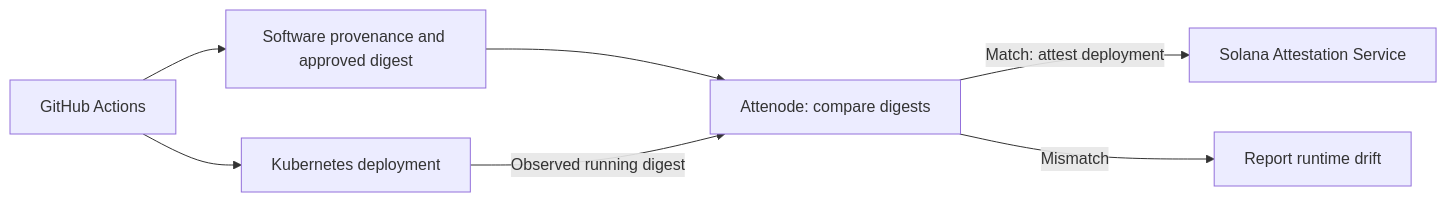
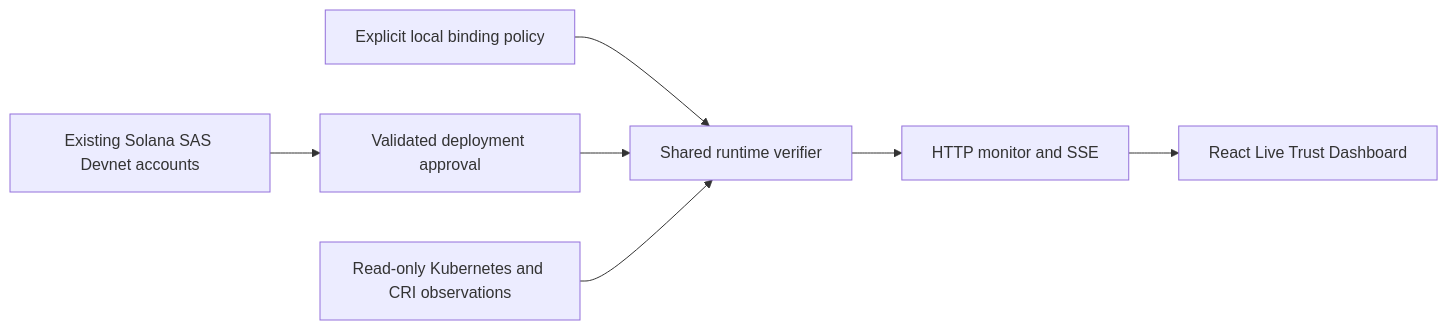
The diagram in README.md (dariovjed/attenode), drawn with Mermaid before and after one commit. The commit also changed other lines of this file and 6 other files, not shown here.

Commit message:
docs: update MVP documentation and add live dashboard screenshots

````diff
--- a/README.md
+++ b/README.md
@@ -17,9 +15,9 @@
 ```mermaid
 flowchart LR
-    GH[GitHub Actions] --> P[Software provenance and approved digest]
-    GH --> K[Kubernetes deployment]
-    P --> A[Attenode: compare digests]
-    K -->|Observed running digest| A
-    A -->|Match: attest deployment| SAS[Solana Attestation Service]
-    A -->|Mismatch| D[Report runtime drift]
+    SAS[Existing Solana SAS Devnet accounts] --> Approval[Validated deployment approval]
+    Policy[Explicit local binding policy] --> Compare[Shared runtime verifier]
+    Approval --> Compare
+    K8s[Read-only Kubernetes and CRI observations] --> Compare
+    Compare --> Monitor[HTTP monitor and SSE]
+    Monitor --> Dashboard[React Live Trust Dashboard]
 ```
````
